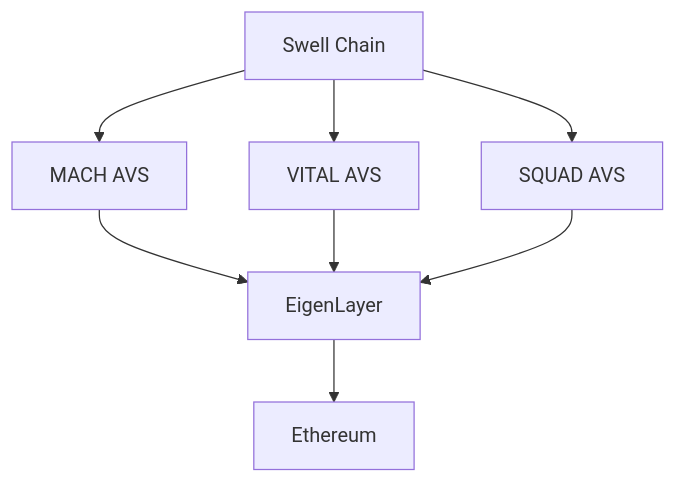
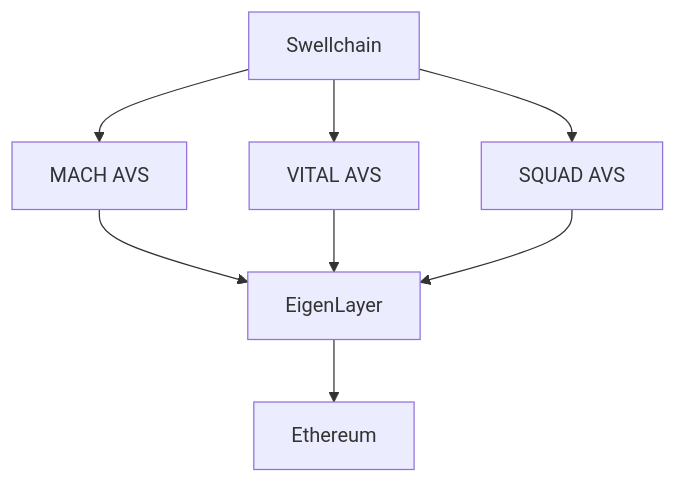
One commit to SwellNetwork/swell-chain-docs changed the diagram in content/docs/fundamentals/about-swell-chain.mdx. Above: the diagram before and after it, drawn with Mermaid. The commit also changed other lines of this file and 10 other files, not shown here.

````diff
--- a/content/docs/fundamentals/about-swell-chain.mdx
+++ b/content/docs/fundamentals/about-swell-chain.mdx
@@ -17,10 +17,10 @@
 ```mermaid
 graph TD
-    A[Swell Chain] --> B[MACH AVS]
+    A[Swellchain] --> B[MACH AVS]
     A --> C[VITAL AVS]
     A --> D[SQUAD AVS]
     B --> E[EigenLayer]
     C --> E
     D --> E
     E --> F[Ethereum]
 ```
````
